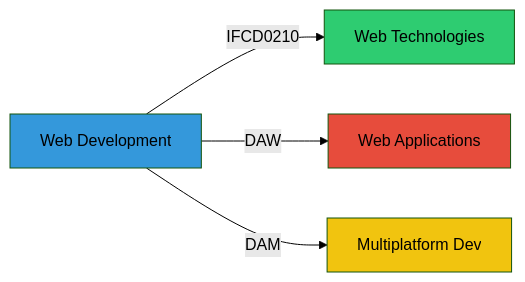
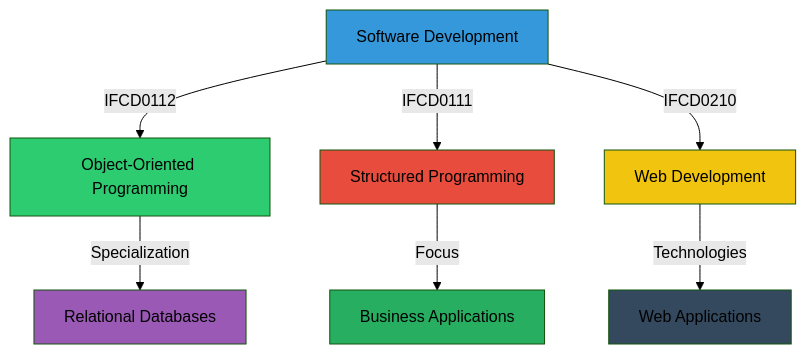
The fifth of 13 diagrams in README.md (cescanue/cescanue), drawn with Mermaid (forest theme) before and after one commit. The commit also changed other lines of this file, not shown here.

````diff
--- a/README.md
+++ b/README.md
@@ -202,10 +202,16 @@
 ```mermaid
-graph LR
-    A[Web Development] -->|IFCD0210| B[Web Technologies]
-    A -->|DAW| C[Web Applications]
-    A -->|DAM| D[Multiplatform Dev]
+graph TB
+    A[Software Development] -->|IFCD0112| B[Object-Oriented Programming]
+    A -->|IFCD0111| C[Structured Programming]
+    A -->|IFCD0210| D[Web Development]
+    B -->|Specialization| E[Relational Databases]
+    C -->|Focus| F[Business Applications]
+    D -->|Technologies| G[Web Applications]
     style A fill:#3498db
     style B fill:#2ecc71
     style C fill:#e74c3c
     style D fill:#f1c40f
+    style E fill:#9b59b6
+    style F fill:#27ae60
+    style G fill:#34495e
 ```
````
